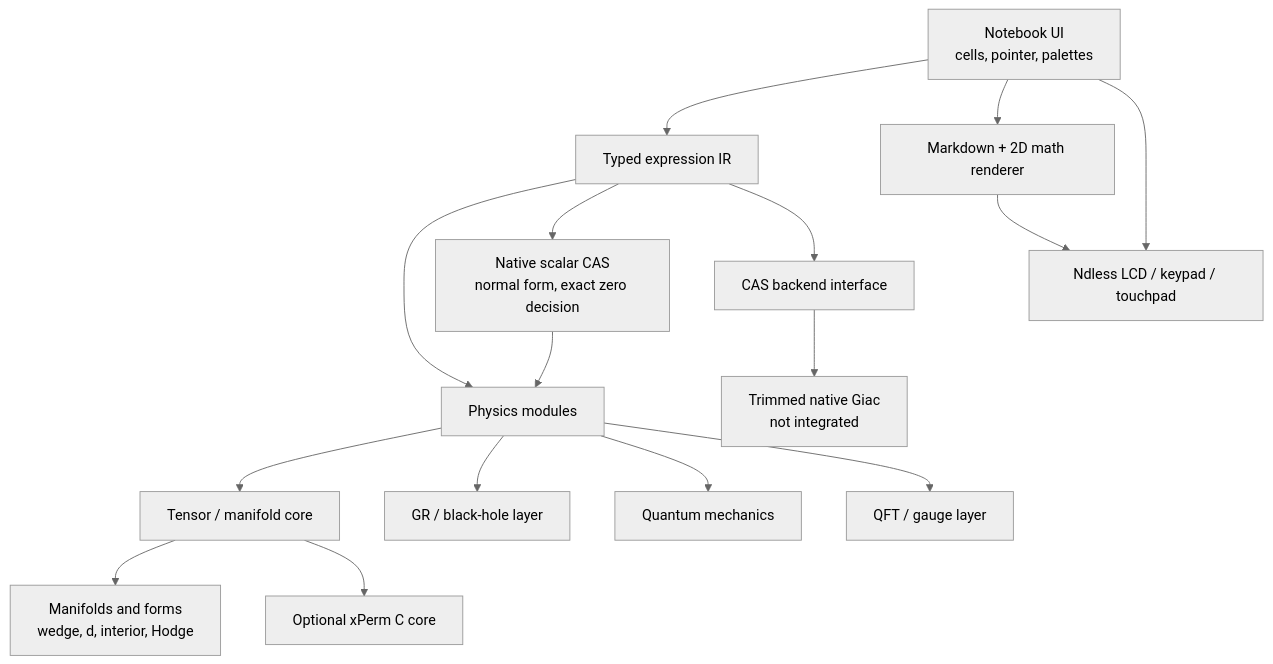
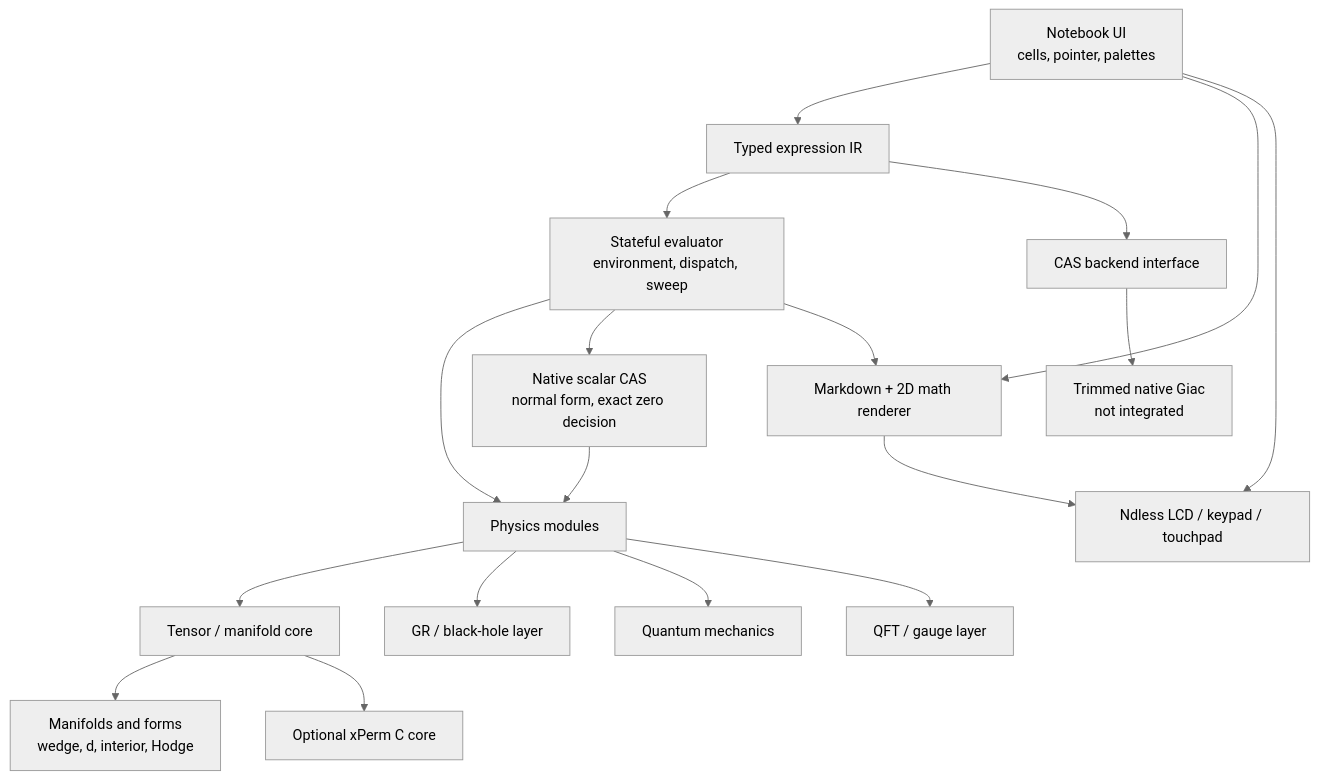
The diagram in docs/ARCHITECTURE.md (Zhen-WushuiLingchun/Phy-nspire), drawn with Mermaid (neutral theme) before and after one commit. The commit also changed other lines of this file and 26 other files, not shown here.

Commit message:
Wire the stateful physics notebook evaluator

````diff
--- a/docs/ARCHITECTURE.md
+++ b/docs/ARCHITECTURE.md
@@ -8,18 +8,20 @@
 ```mermaid
 flowchart TD
     UI["Notebook UI<br/>cells, pointer, palettes"] --> IR["Typed expression IR"]
     UI --> RENDER["Markdown + 2D math renderer"]
-    IR --> PHYS["Physics modules"]
+    IR --> EVAL["Stateful evaluator<br/>environment, dispatch, sweep"]
+    EVAL --> PHYS["Physics modules"]
     PHYS --> TENSOR["Tensor / manifold core"]
     PHYS --> GR["GR / black-hole layer"]
     PHYS --> QM["Quantum mechanics"]
     PHYS --> QFT["QFT / gauge layer"]
-    IR --> SCALAR["Native scalar CAS<br/>normal form, exact zero decision"]
+    EVAL --> SCALAR["Native scalar CAS<br/>normal form, exact zero decision"]
     SCALAR --> PHYS
     IR --> BACKEND["CAS backend interface"]
     BACKEND --> GIAC["Trimmed native Giac<br/>not integrated"]
     TENSOR --> GEOM["Manifolds and forms<br/>wedge, d, interior, Hodge"]
     TENSOR --> XPERM["Optional xPerm C core"]
+    EVAL --> RENDER
     RENDER --> PLATFORM["Ndless LCD / keypad / touchpad"]
     UI --> PLATFORM
 ```
````
